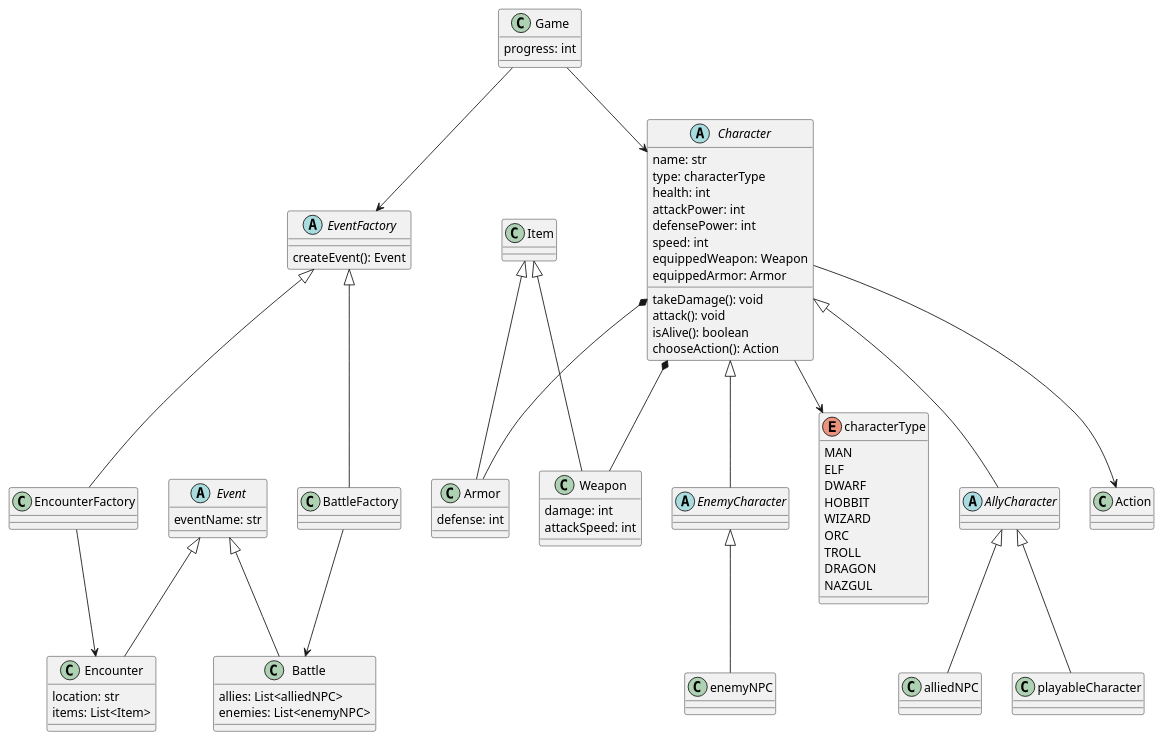
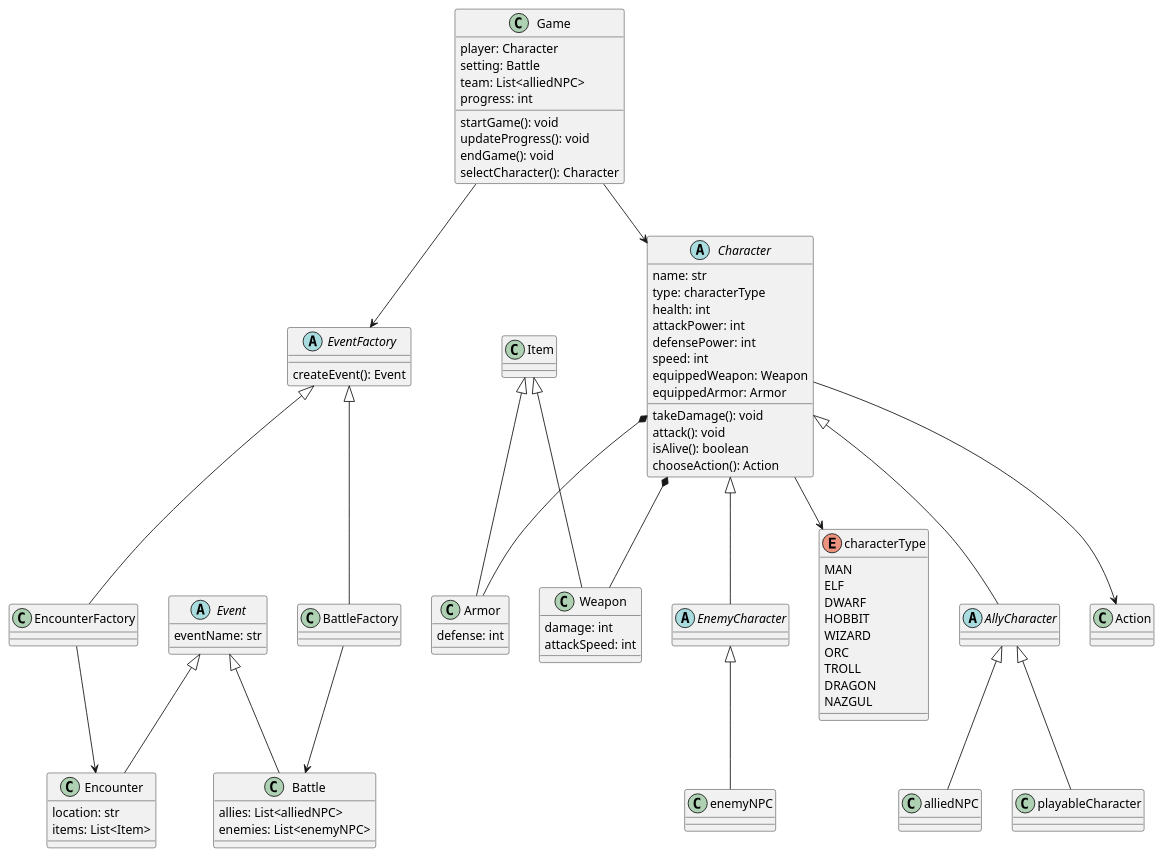
Before and after one commit to usd-comp-305/project-04-sandra-jack-sawyer: the diagram in project-design.puml, drawn with PlantUML. The commit also changed 1 other file, not shown here.

Commit message:
fix: small changes to the UML file (Game class specifically)

```diff
--- a/project-design.puml
+++ b/project-design.puml
@@ -1,111 +1,119 @@
 @startuml
 'https://plantuml.com/class-diagram
 
 abstract class Character {
     name: str
     type: characterType
     health: int
     attackPower: int
     defensePower: int
     speed: int
     equippedWeapon: Weapon
     equippedArmor: Armor
 
     takeDamage(): void
     attack(): void
     isAlive(): boolean
     chooseAction(): Action
 }
 
 abstract class AllyCharacter extends Character {
 
 }
 
 abstract class EnemyCharacter extends Character {
 
 }
 
 class playableCharacter extends AllyCharacter {
 
 }
 
 class alliedNPC extends AllyCharacter {
 
 }
 
 class enemyNPC extends EnemyCharacter {
 
 }
 
 abstract class EventFactory {
     createEvent(): Event
 }
 
 class BattleFactory extends EventFactory {
 
 }
 
 class EncounterFactory extends EventFactory {
 
 }
 
 abstract class Event {
     eventName: str
 }
 
 class Battle extends Event {
     allies: List<alliedNPC>
     enemies: List<enemyNPC>
 }
 
 class Encounter extends Event{
     location: str
     items: List<Item>
 }
 
 enum characterType {
     MAN
     ELF
     DWARF
     HOBBIT
     WIZARD
     ORC
     TROLL
     DRAGON
     NAZGUL
 }
 
 class Game {
+    player: Character
+    setting: Battle
+    team: List<alliedNPC>
     progress: int
+
+    startGame(): void
+    updateProgress(): void
+    endGame(): void
+    selectCharacter(): Character
 }
 
 class Item {
 
 }
 
 class Weapon extends Item {
     damage: int
     attackSpeed: int
 }
 
 class Armor extends Item {
     defense: int
 }
 
 class Action {
 
 }
 
 
 Game --> EventFactory
 Game --> Character
 
 Character --> characterType
 Character *-- Weapon
 Character *-- Armor
 Character --> Action
 
 BattleFactory --> Battle
 EncounterFactory --> Encounter
 
 @enduml
```
